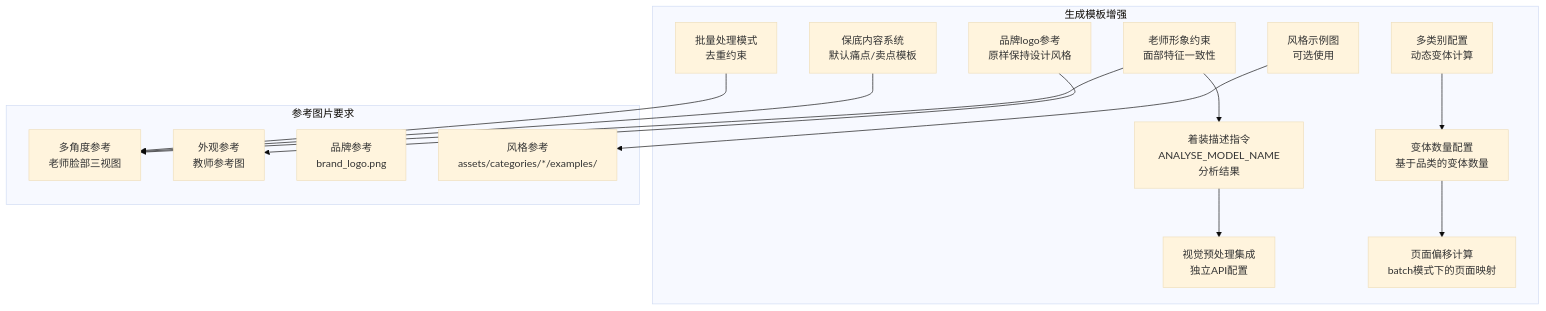
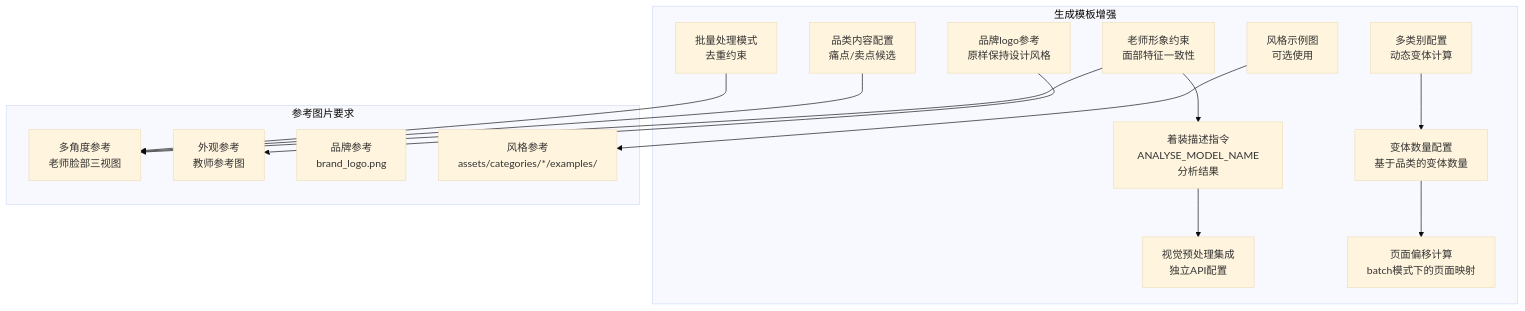
One commit to WongMingJiu/landingpage-test-hero-page changed diagram 19 of 23 in .qoder/repowiki/zh/content/配置和定制/配置和定制.md. Above: the diagram before and after it, drawn with Mermaid (base theme). The commit also changed other lines of this file and 53 other files, not shown here.

````diff
--- a/.qoder/repowiki/zh/content/配置和定制/配置和定制.md
+++ b/.qoder/repowiki/zh/content/配置和定制/配置和定制.md
@@ -919,30 +868,30 @@
 ```mermaid
 graph TB
 subgraph "生成模板增强"
 TeacherConstraints[老师形象约束<br/>面部特征一致性]
 OutfitInstruction[着装描述指令<br/>ANALYSE_MODEL_NAME分析结果]
 BrandLogo[品牌logo参考<br/>原样保持设计风格]
 StyleExamples[风格示例图<br/>可选使用]
-FallbackContent[保底内容系统<br/>默认痛点/卖点模板]
+CategoryContent[品类内容配置<br/>痛点/卖点候选]
 VisualPreprocess[视觉预处理集成<br/>独立API配置]
 BatchMode[批量处理模式<br/>去重约束]
 CategoryConfig[多类别配置<br/>动态变体计算]
 VariantCount[变体数量配置<br/>基于品类的变体数量]
 PageOffset[页面偏移计算<br/>batch模式下的页面映射]
 end
 subgraph "参考图片要求"
 MultiAngle[多角度参考<br/>老师脸部三视图]
 AppearanceRef[外观参考<br/>教师参考图]
 BrandRef[品牌参考<br/>brand_logo.png]
 StyleRef[风格参考<br/>assets/categories/*/examples/]
 end
 TeacherConstraints --> MultiAngle
 TeacherConstraints --> OutfitInstruction
 OutfitInstruction --> VisualPreprocess
 BrandLogo --> AppearanceRef
 StyleExamples --> StyleRef
-FallbackContent --> MultiAngle
+CategoryContent --> MultiAngle
 BatchMode --> MultiAngle
 CategoryConfig --> VariantCount
 VariantCount --> PageOffset
 ```
````
